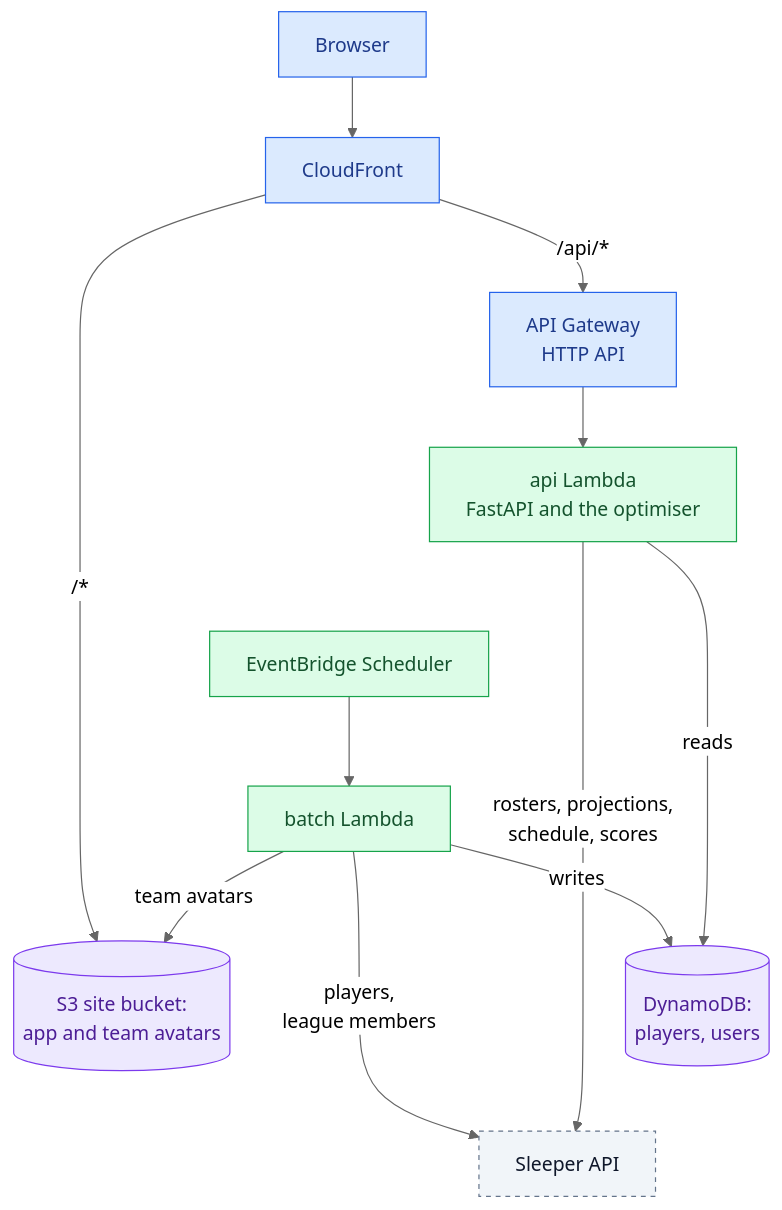
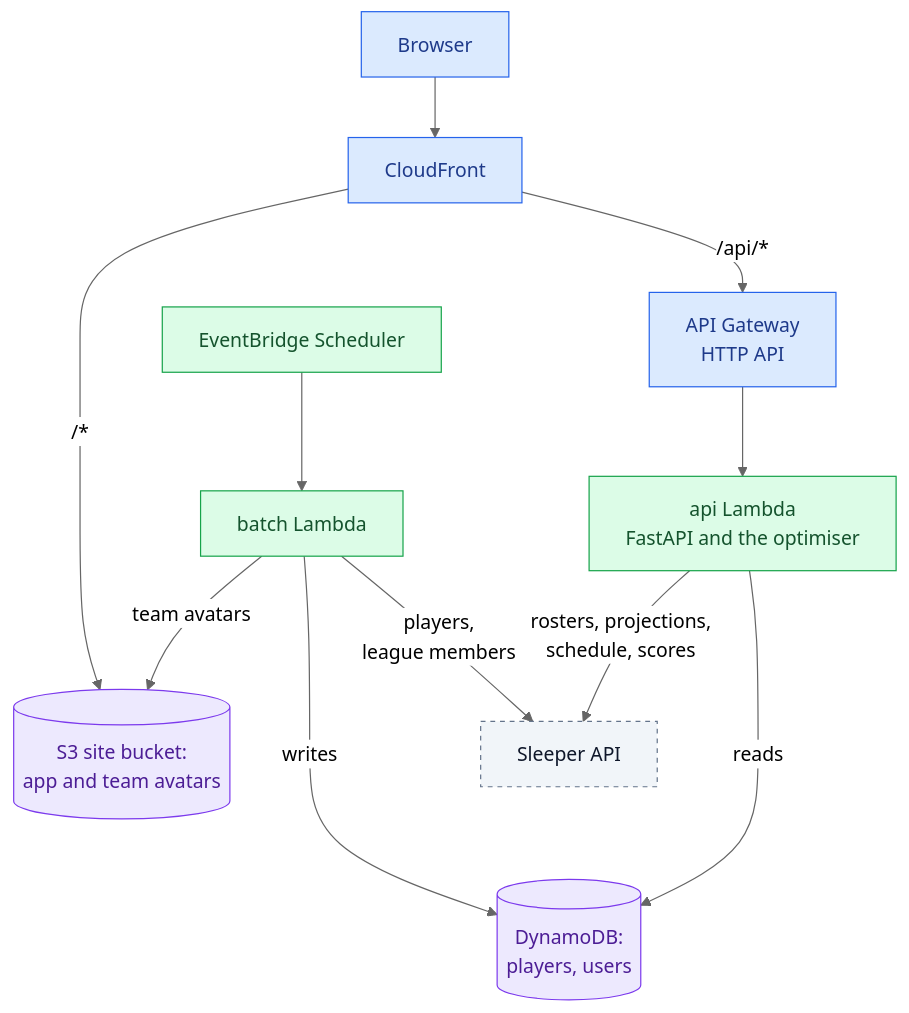
Before and after one commit to JamesMcNeill2/fantasy-optimiser: the diagram in README.md, drawn with Mermaid (neutral theme).

Commit message:
Even more diagram formatting

````diff
--- a/README.md
+++ b/README.md
@@ -45,24 +45,23 @@
 ```mermaid
 flowchart TB
   browser["Browser"] --> cf["CloudFront"]
   cf -- "/*" --> site[("S3 site bucket:<br/>app and team avatars")]
   cf -- "/api/*" --> apigw["API Gateway<br/>HTTP API"]
   apigw --> api["api Lambda<br/>FastAPI and the optimiser"]
   scheduler["EventBridge Scheduler"] --> batch["batch Lambda"]
   batch -- "team avatars" --> site
+  batch -- "writes" --> ddb[("DynamoDB:<br/>players, users")]
   batch -- "players,<br/>league members" --> sleeper["Sleeper API"]
-  batch -- "writes" --> ddb[("DynamoDB:<br/>players, users")]
+  api -- "rosters, projections,<br/>schedule, scores" --> sleeper
   api -- "reads" --> ddb
-  api -- "rosters, projections,<br/>schedule, scores" --> sleeper
-  ddb ~~~ sleeper
-  api ~~~ scheduler
+  sleeper ~~~ ddb
 
   classDef entry fill:#dbeafe,stroke:#2563eb,color:#1e3a8a
   classDef compute fill:#dcfce7,stroke:#16a34a,color:#14532d
   classDef storage fill:#ede9fe,stroke:#7c3aed,color:#4c1d95
   classDef external fill:#f1f5f9,stroke:#64748b,color:#0f172a,stroke-dasharray:4
   class browser,cf,apigw entry
   class scheduler,batch,api compute
   class site,ddb storage
   class sleeper external
 ```
````
